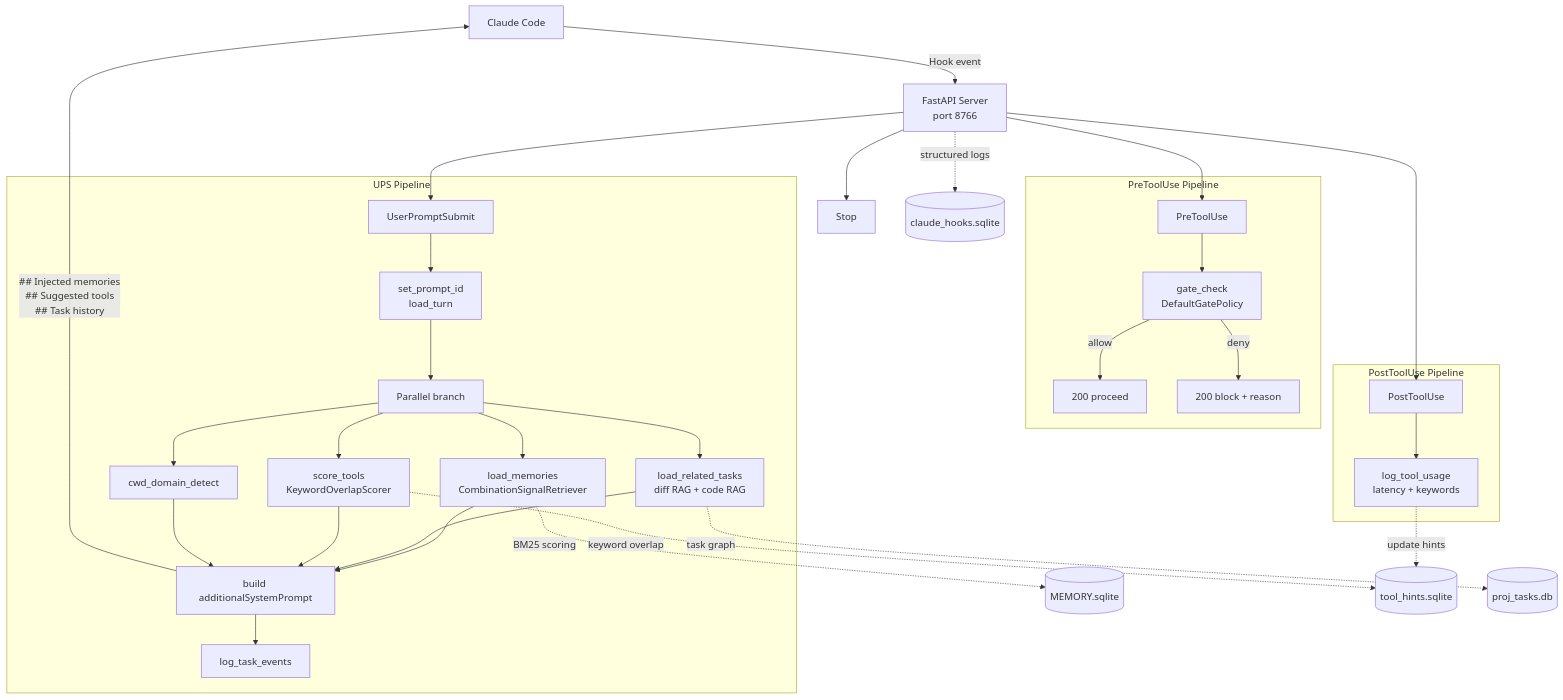
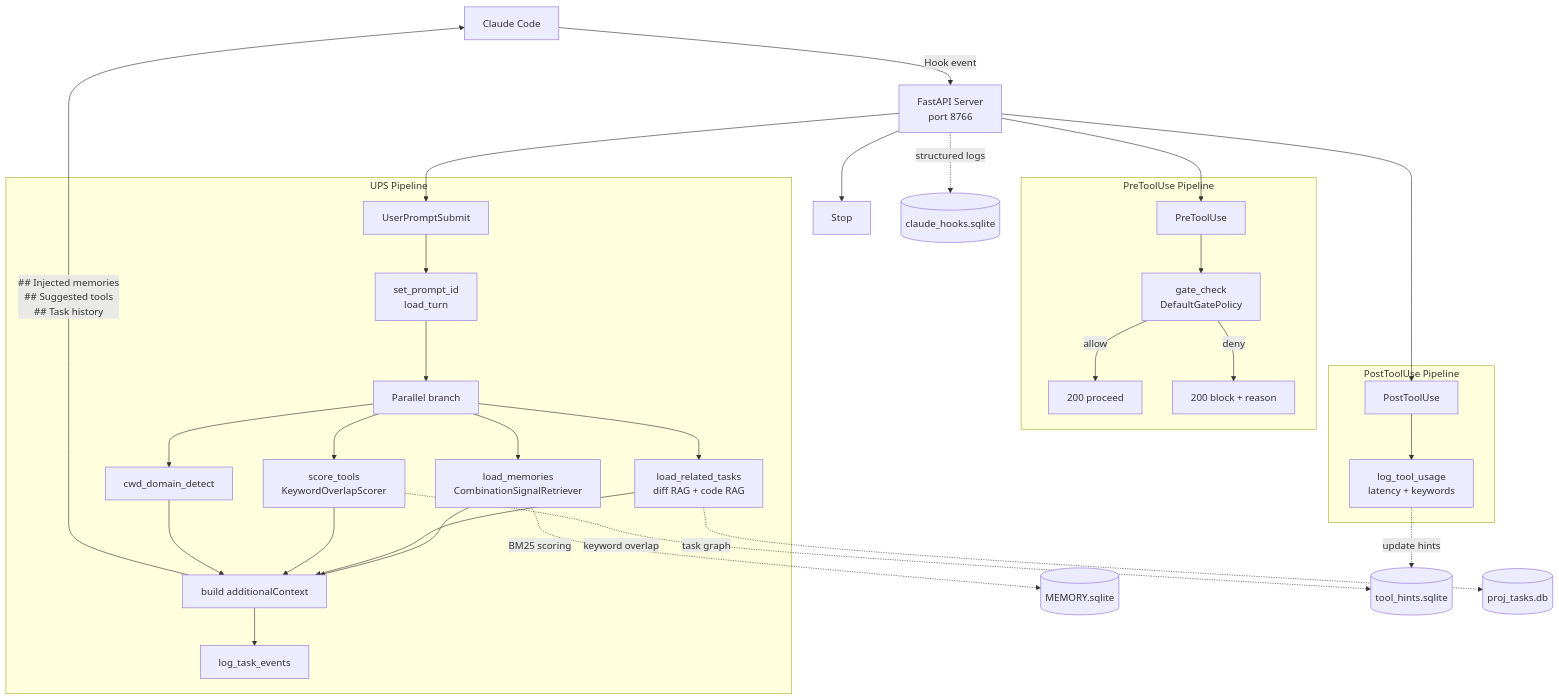
The diagram in docs/ARCHITECTURE.md (debaditya-mohankudo/claude-hooks), drawn with Mermaid before and after one commit. The commit also changed other lines of this file and 4 other files, not shown here.

First line of the commit message:
task:25a76e13 Docs, onboarding check, concept store and sysml name additionalContext as the UserPromptSubmit output field

````diff
--- a/docs/ARCHITECTURE.md
+++ b/docs/ARCHITECTURE.md
@@ -85,38 +85,38 @@
 ```mermaid
 flowchart TD
     CC[Claude Code] -->|Hook event| FS[FastAPI Server\nport 8766]
 
     FS --> UPS[UserPromptSubmit]
     FS --> PTU_pre[PreToolUse]
     FS --> PTU_post[PostToolUse]
     FS --> STOP[Stop]
 
     subgraph UPS Pipeline
         UPS --> ST[set_prompt_id\nload_turn]
         ST --> PAR[Parallel branch]
         PAR --> LM[load_memories\nCombinationSignalRetriever]
         PAR --> LT[load_related_tasks\ndiff RAG + code RAG]
         PAR --> SC[score_tools\nKeywordOverlapScorer]
         PAR --> CD[cwd_domain_detect]
-        LM & LT & SC & CD --> SP[build additionalSystemPrompt]
+        LM & LT & SC & CD --> SP[build additionalContext]
         SP --> LE[log_task_events]
     end
 
     subgraph PreToolUse Pipeline
         PTU_pre --> GC[gate_check\nDefaultGatePolicy]
         GC -->|allow| ALLOW[200 proceed]
         GC -->|deny| BLOCK[200 block + reason]
     end
 
     subgraph PostToolUse Pipeline
         PTU_post --> LU[log_tool_usage\nlatency + keywords]
     end
 
     SP -->|## Injected memories\n## Suggested tools\n## Task history| CC
 
     LM -.->|BM25 scoring| MEMDB[(MEMORY.sqlite)]
     SC -.->|keyword overlap| THDB[(tool_hints.sqlite)]
     LT -.->|task graph| TASKDB[(proj_tasks.db)]
     LU -.->|update hints| THDB
     FS -.->|structured logs| LOGDB[(claude_hooks.sqlite)]
 ```
````
